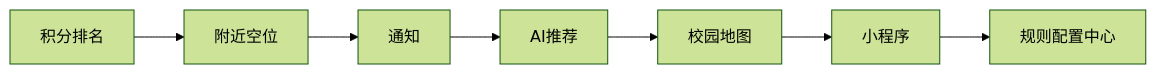
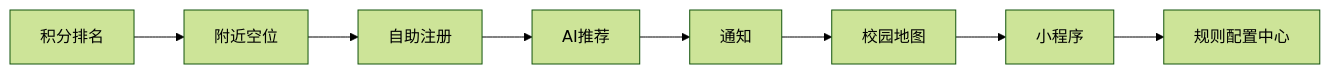
The diagram in docs/05-extension-design.md (vintcessun/SeatWiseCampus), drawn with Mermaid (forest theme) before and after one commit. The commit also changed other lines of this file and 14 other files, not shown here.

````diff
--- a/docs/05-extension-design.md
+++ b/docs/05-extension-design.md
@@ -72,4 +83,4 @@
 ```mermaid
 flowchart LR
-    A[积分排名] --> B[附近空位] --> C[通知] --> D[AI推荐] --> E[校园地图] --> F[小程序] --> G[规则配置中心]
+    A[积分排名] --> B[附近空位] --> C[自助注册] --> D[AI推荐] --> E[通知] --> F[校园地图] --> G[小程序] --> H[规则配置中心]
 ```
````
